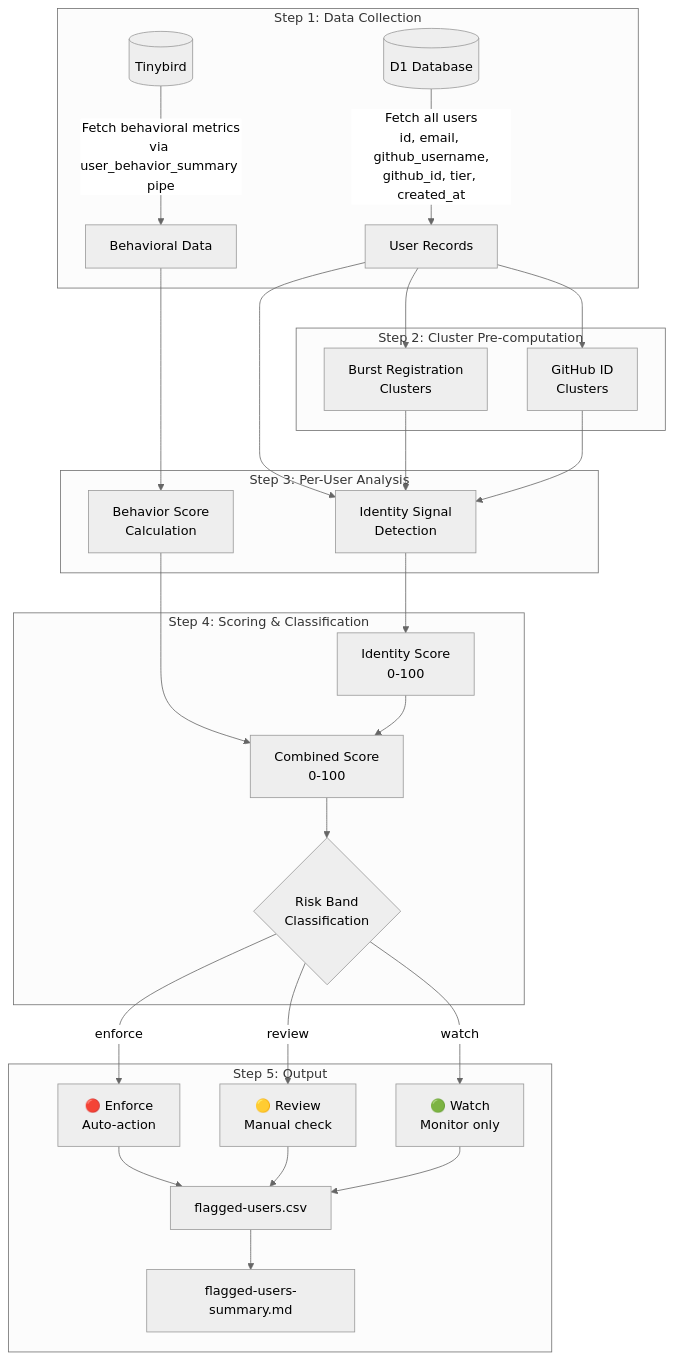
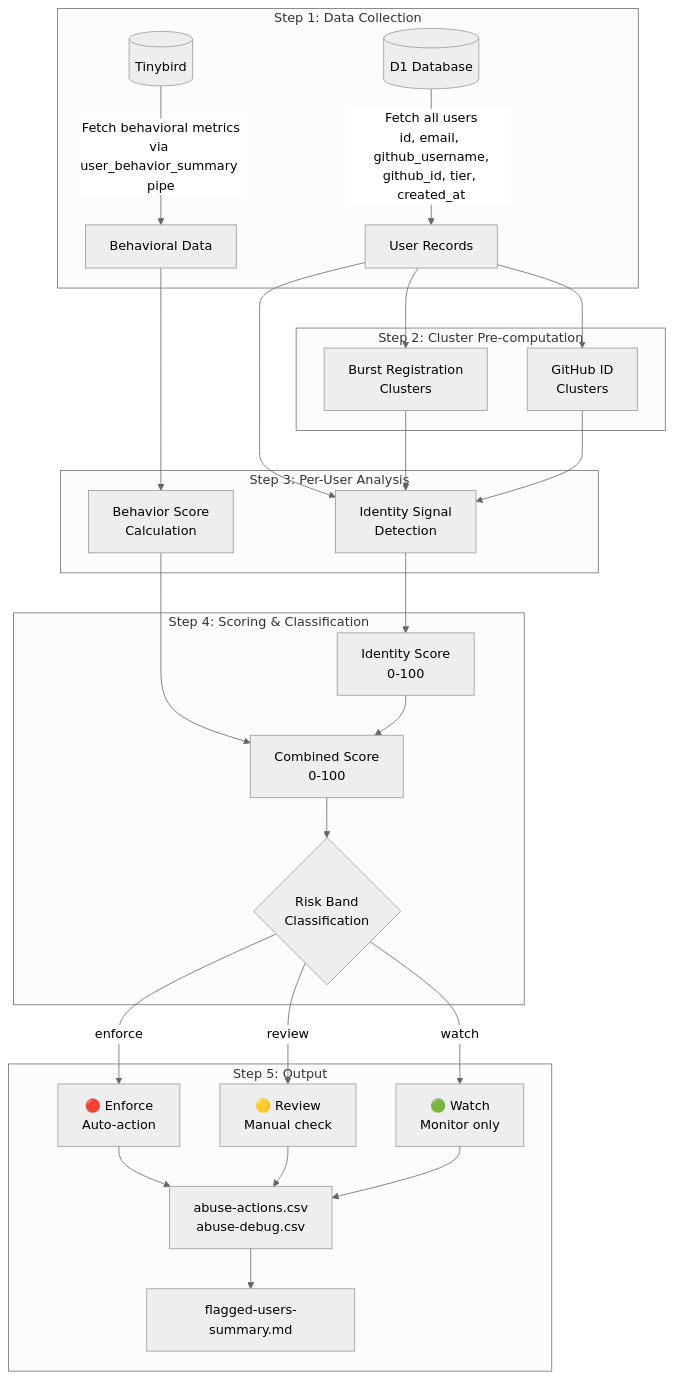
The first of 9 diagrams in enter.pollinations.ai/scripts/abuse-detection/README.md (pollinations/pollinations), drawn with Mermaid (neutral theme) before and after one commit. The commit also changed other lines of this file and 1 other file, not shown here.

````diff
--- a/enter.pollinations.ai/scripts/abuse-detection/README.md
+++ b/enter.pollinations.ai/scripts/abuse-detection/README.md
@@ -27,36 +27,36 @@
 ```mermaid
 flowchart TB
     subgraph "Step 1: Data Collection"
         D1[(D1 Database)] --> |"Fetch all users<br/>id, email, github_username,<br/>github_id, tier, created_at"| USERS[User Records]
         TB[(Tinybird)] --> |"Fetch behavioral metrics<br/>via user_behavior_summary pipe"| BEHAVIOR[Behavioral Data]
     end
     
     subgraph "Step 2: Cluster Pre-computation"
         USERS --> BURST[Burst Registration<br/>Clusters]
         USERS --> GHID[GitHub ID<br/>Clusters]
     end
     
     subgraph "Step 3: Per-User Analysis"
         USERS --> SIGNALS[Identity Signal<br/>Detection]
         BEHAVIOR --> BSCORE[Behavior Score<br/>Calculation]
         BURST --> SIGNALS
         GHID --> SIGNALS
     end
     
     subgraph "Step 4: Scoring & Classification"
         SIGNALS --> ISCORE[Identity Score<br/>0-100]
         BSCORE --> COMBINED[Combined Score<br/>0-100]
         ISCORE --> COMBINED
         COMBINED --> RISKBAND{Risk Band<br/>Classification}
     end
     
     subgraph "Step 5: Output"
         RISKBAND --> |enforce| ENFORCE[🔴 Enforce<br/>Auto-action]
         RISKBAND --> |review| REVIEW[🟡 Review<br/>Manual check]
         RISKBAND --> |watch| WATCH[🟢 Watch<br/>Monitor only]
-        ENFORCE --> CSV[flagged-users.csv]
+        ENFORCE --> CSV[abuse-actions.csv<br/>abuse-debug.csv]
         REVIEW --> CSV
         WATCH --> CSV
         CSV --> SUMMARY[flagged-users-summary.md]
     end
 ```
````
